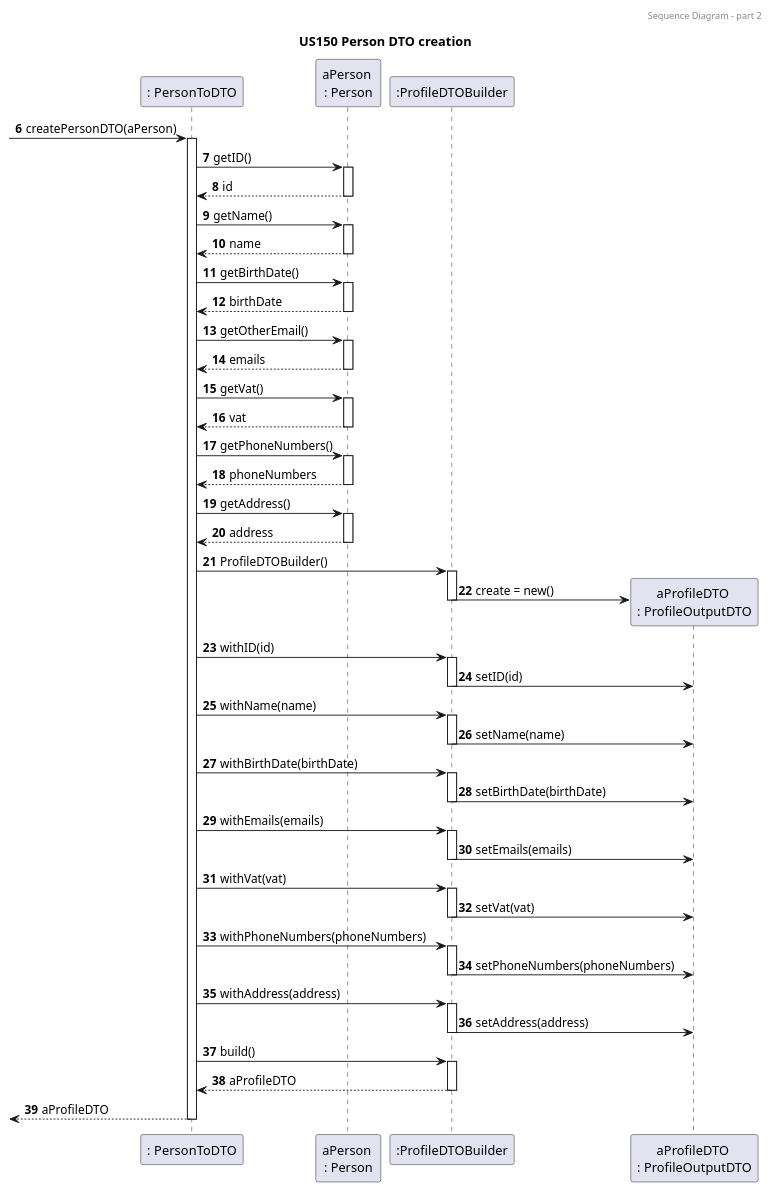
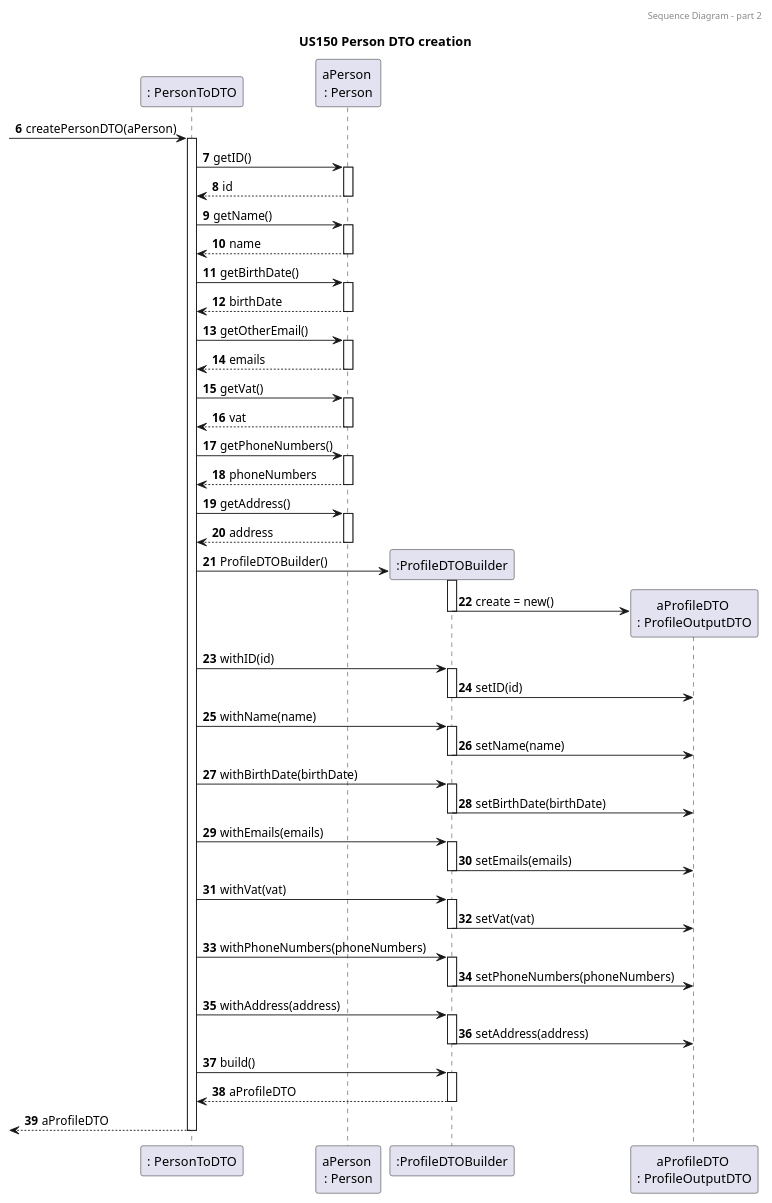
The fifth of 5 diagrams in docs/sprint4/user_stories/US150_GetFamilyMemberProfile.md (tomas-osswald/switch_2020_g3), drawn with PlantUML before and after one commit. The commit also changed 13 other files, not shown here.

```diff
--- a/docs/sprint4/user_stories/US150_GetFamilyMemberProfile.md
+++ b/docs/sprint4/user_stories/US150_GetFamilyMemberProfile.md
@@ -300,7 +300,7 @@
 activate person
 return address
 
-mapper -> builder : ProfileDTOBuilder() 
+mapper -> builder** : ProfileDTOBuilder() 
 activate builder
 builder -> profiledto **: create = new()
 deactivate builder
```
